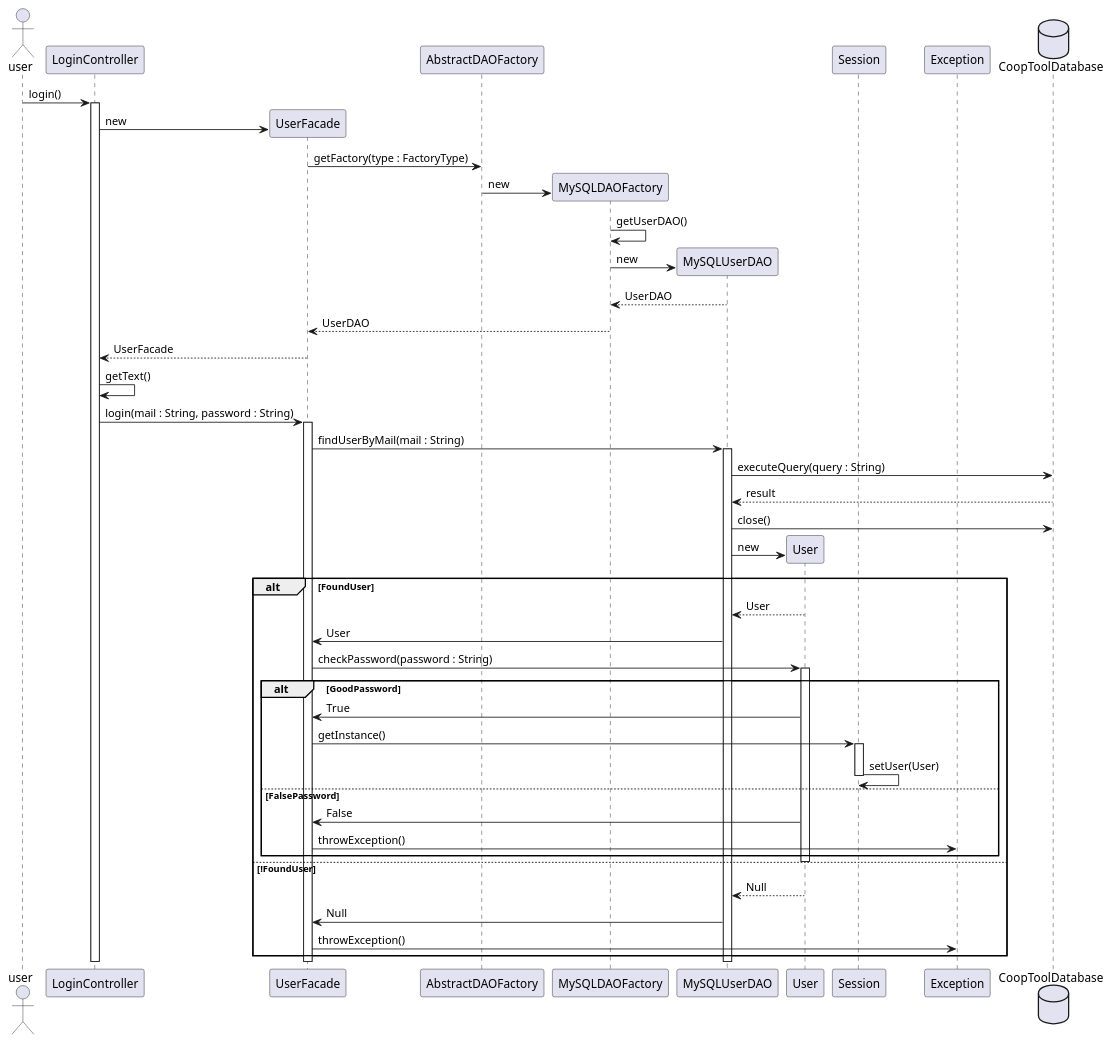
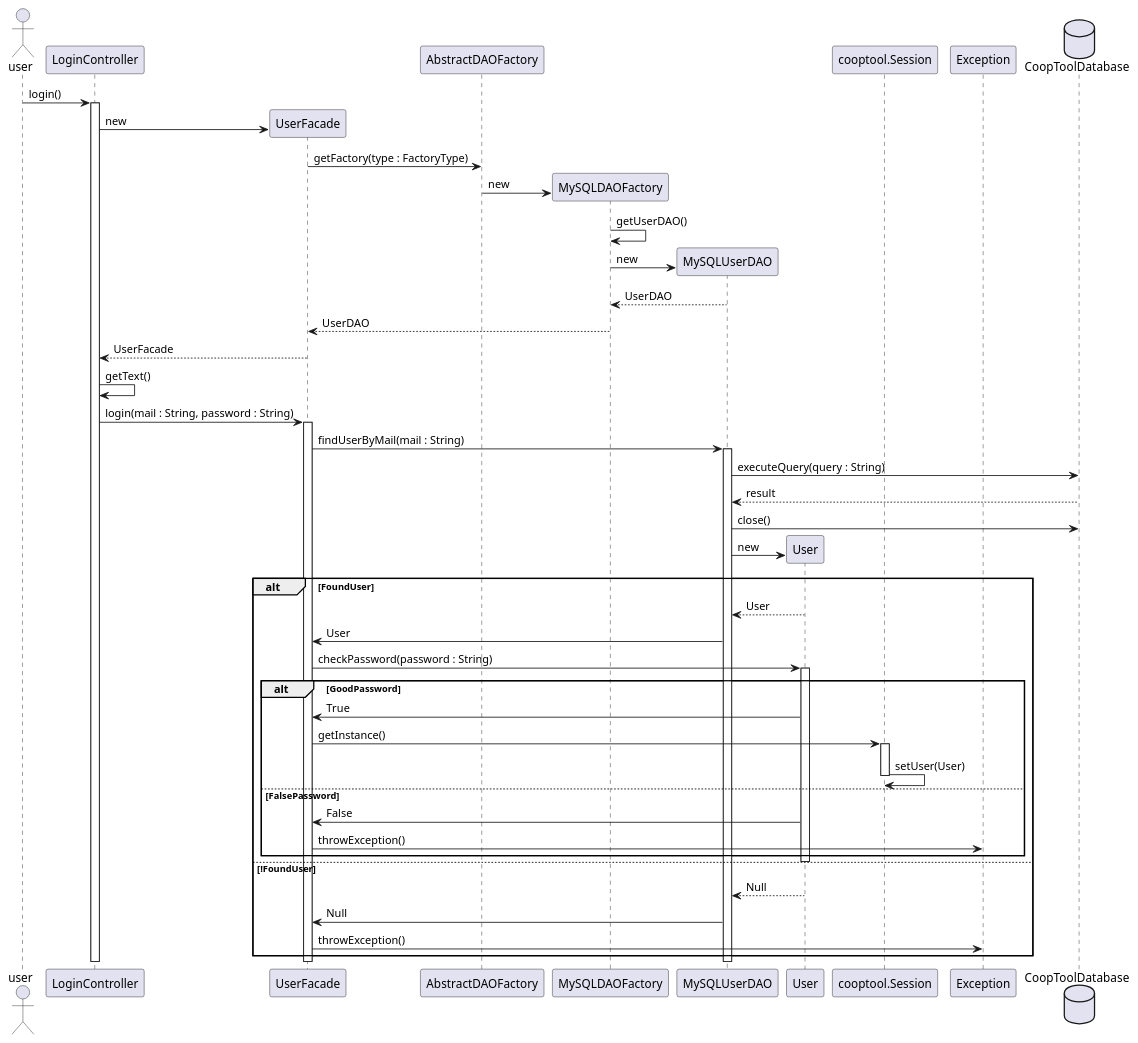
Before and after one commit to Guillaume-Dufour/coopToolProject: the diagram in ext/sequenceDiag/loginDiagram.puml, drawn with PlantUML. The commit also changed 28 other files, not shown here.

```diff
--- a/ext/sequenceDiag/loginDiagram.puml
+++ b/ext/sequenceDiag/loginDiagram.puml
@@ -1,61 +1,61 @@
 @startuml
 
 actor user
 participant "LoginController" as loginCont
 participant UserFacade
 participant AbstractDAOFactory
 participant MySQLDAOFactory
 participant MySQLUserDAO
 participant User
-participant Session
+participant cooptool.Session
 participant Exception
 database CoopToolDatabase
 user -> loginCont : login()
 activate loginCont
 create UserFacade
 loginCont -> UserFacade  : new
 UserFacade -> AbstractDAOFactory : getFactory(type : FactoryType)
 create MySQLDAOFactory
 AbstractDAOFactory -> MySQLDAOFactory : new
 MySQLDAOFactory -> MySQLDAOFactory : getUserDAO()
 create MySQLUserDAO
 MySQLDAOFactory -> MySQLUserDAO : new
 MySQLUserDAO --> MySQLDAOFactory : UserDAO
 MySQLDAOFactory --> UserFacade : UserDAO
 UserFacade --> loginCont : UserFacade
 loginCont -> loginCont : getText()
 loginCont -> UserFacade : login(mail : String, password : String)
 activate UserFacade
 UserFacade -> MySQLUserDAO : findUserByMail(mail : String)
 activate MySQLUserDAO
 MySQLUserDAO -> CoopToolDatabase : executeQuery(query : String)
 CoopToolDatabase --> MySQLUserDAO : result
 MySQLUserDAO -> CoopToolDatabase : close()
 create User
 MySQLUserDAO -> User : new
 alt FoundUser
 User --> MySQLUserDAO : User
 MySQLUserDAO -> UserFacade : User
 UserFacade -> User : checkPassword(password : String)
 activate User
 alt GoodPassword
 User -> UserFacade : True
-UserFacade -> Session : getInstance()
-activate Session
-Session -> Session : setUser(User)
-deactivate Session
+UserFacade -> cooptool.Session : getInstance()
+activate cooptool.Session
+cooptool.Session -> cooptool.Session : setUser(User)
+deactivate cooptool.Session
 else FalsePassword
 User -> UserFacade : False
 UserFacade -> Exception : throwException()
 end
 deactivate User
 else !FoundUser
 User --> MySQLUserDAO : Null
 MySQLUserDAO -> UserFacade : Null
 UserFacade -> Exception : throwException()
 end
 deactivate loginCont
 deactivate UserFacade
 deactivate MySQLUserDAO
 
 @enduml
```
